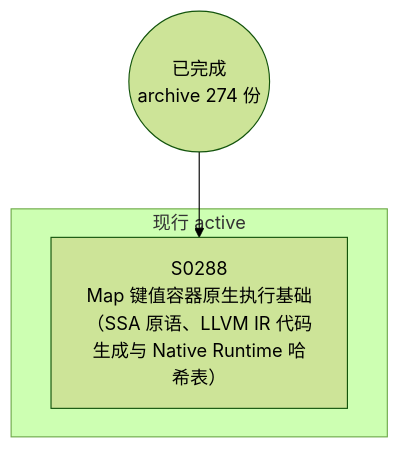
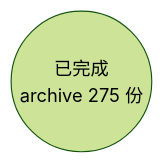
The diagram in docs/specs/dependency-graph.md (Halckon/Koven), drawn with Mermaid (forest theme) before and after one commit. The commit also changed other lines of this file and 10 other files, not shown here.

````diff
--- a/docs/specs/dependency-graph.md
+++ b/docs/specs/dependency-graph.md
@@ -9,8 +9,4 @@
 ```mermaid
 flowchart TD
-ARCH(("已完成<br/>archive 274 份"))
-subgraph Gactive["现行 active"]
-  S0288["S0288<br/>Map 键值容器原生执行基础（SSA 原语、LLVM IR 代码生成与 Native Runtime 哈希表）"]
-end
-ARCH --> S0288
+ARCH(("已完成<br/>archive 275 份"))
 ```
````
